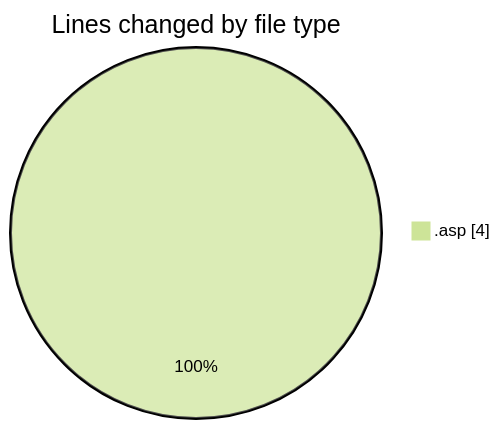
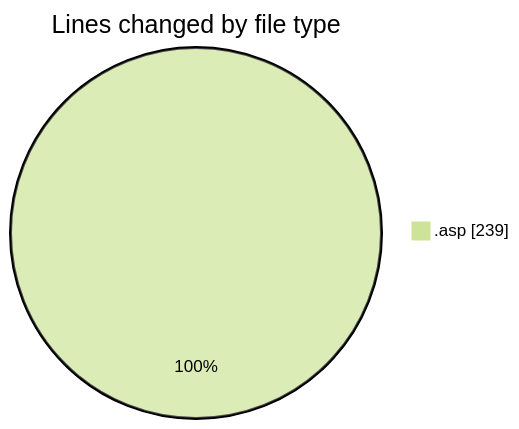
Before and after one commit to julien-gomy/code-tracking: the first of 2 diagrams in 2025-11-15/cdp_aleoudev_fr__workspace_/README.md, drawn with Mermaid (forest theme). The commit also changed other lines of this file and 1 other file, not shown here.

````diff
--- a/2025-11-15/cdp_aleoudev_fr__workspace_/README.md
+++ b/2025-11-15/cdp_aleoudev_fr__workspace_/README.md
@@ -20,5 +22,5 @@
 ```mermaid
 pie showData
 title Lines changed by file type
-".asp" : 4
+".asp" : 239
 ```
````
